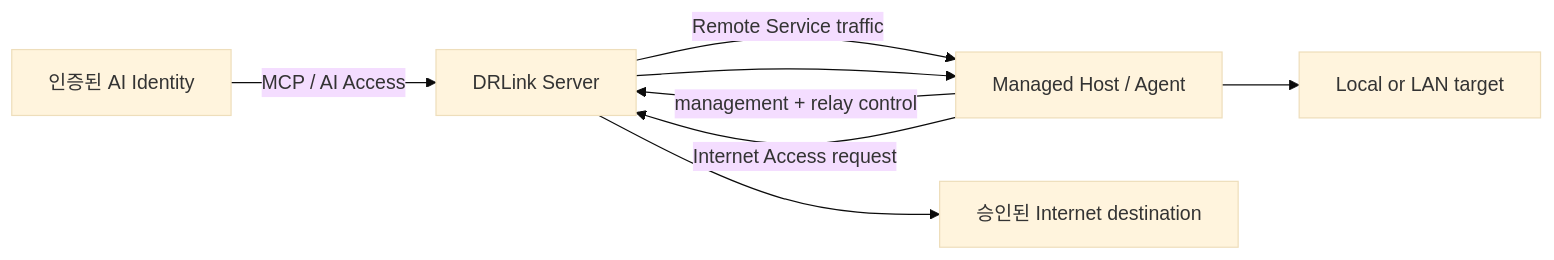
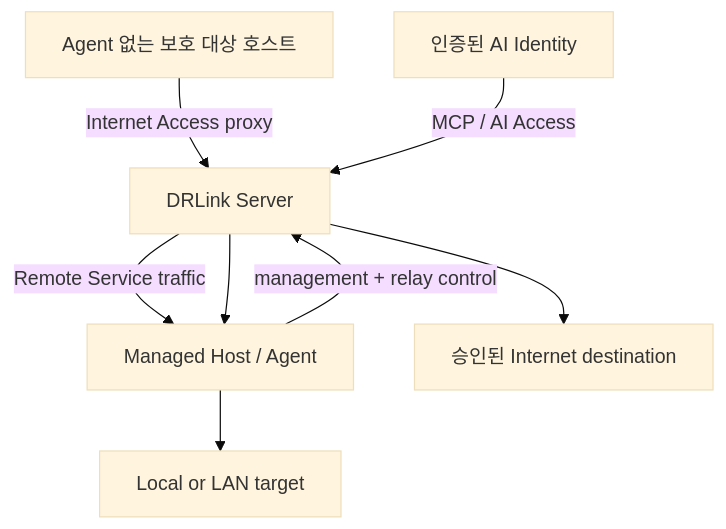
Before and after one commit to datarelay-labs/datarelay-link-docs: the diagram in ko/reference/architecture.mdx, drawn with Mermaid (base theme). The commit also changed other lines of this file and 110 other files, not shown here.

````diff
--- a/ko/reference/architecture.mdx
+++ b/ko/reference/architecture.mdx
@@ -12,16 +12,16 @@
 ```mermaid
-flowchart LR
+flowchart TD
     S[DRLink Server]
     A[Managed Host / Agent]
     T[Local or LAN target]
     I[승인된 Internet destination]
     AI[인증된 AI Identity]
 
     A -->|management + relay control| S
     S -->|Remote Service traffic| A
     A --> T
-    A -->|Internet Access request| S
+    P[Agent 없는 보호 대상 호스트] -->|Internet Access proxy| S
     S --> I
     AI -->|MCP / AI Access| S
     S --> A
 ```
````
